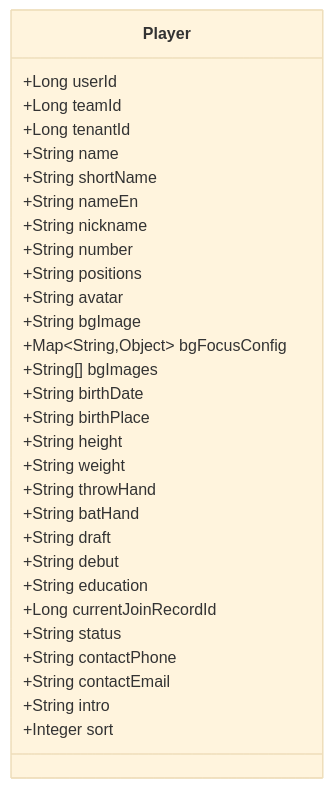
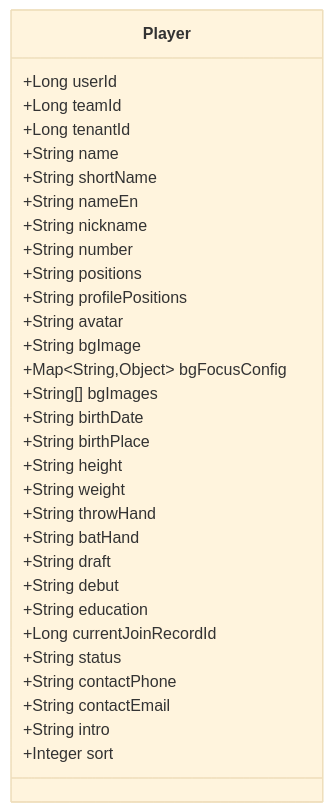
One commit to skvan/bsdone changed the fourth of 11 diagrams in docs/tech/API接口参考/球队球员API.md. Above: the diagram before and after it, drawn with Mermaid (base theme). The commit also changed other lines of this file and 16 other files, not shown here.

````diff
--- a/docs/tech/API接口参考/球队球员API.md
+++ b/docs/tech/API接口参考/球队球员API.md
@@ -142,33 +143,34 @@
 ```mermaid
 classDiagram
 class Player {
 +Long userId
 +Long teamId
 +Long tenantId
 +String name
 +String shortName
 +String nameEn
 +String nickname
 +String number
 +String positions
++String profilePositions
 +String avatar
 +String bgImage
 +Map~String,Object~ bgFocusConfig
 +String[] bgImages
 +String birthDate
 +String birthPlace
 +String height
 +String weight
 +String throwHand
 +String batHand
 +String draft
 +String debut
 +String education
 +Long currentJoinRecordId
 +String status
 +String contactPhone
 +String contactEmail
 +String intro
 +Integer sort
 }
 ```
````
